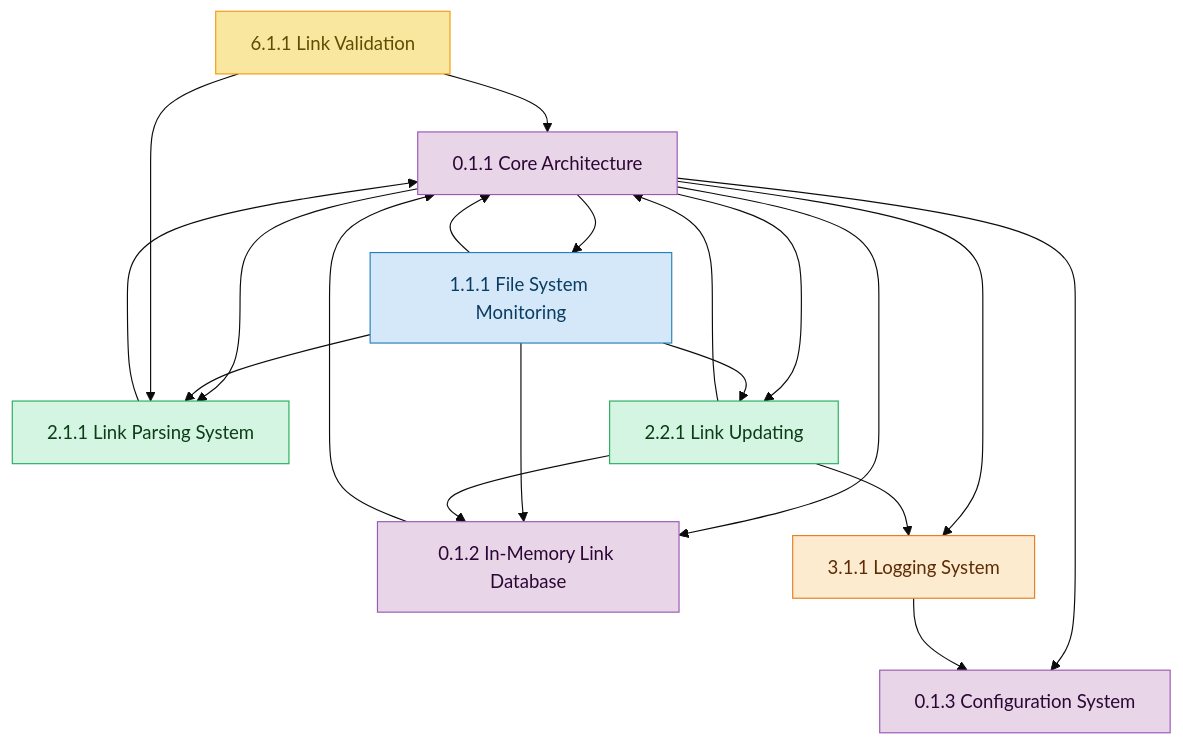
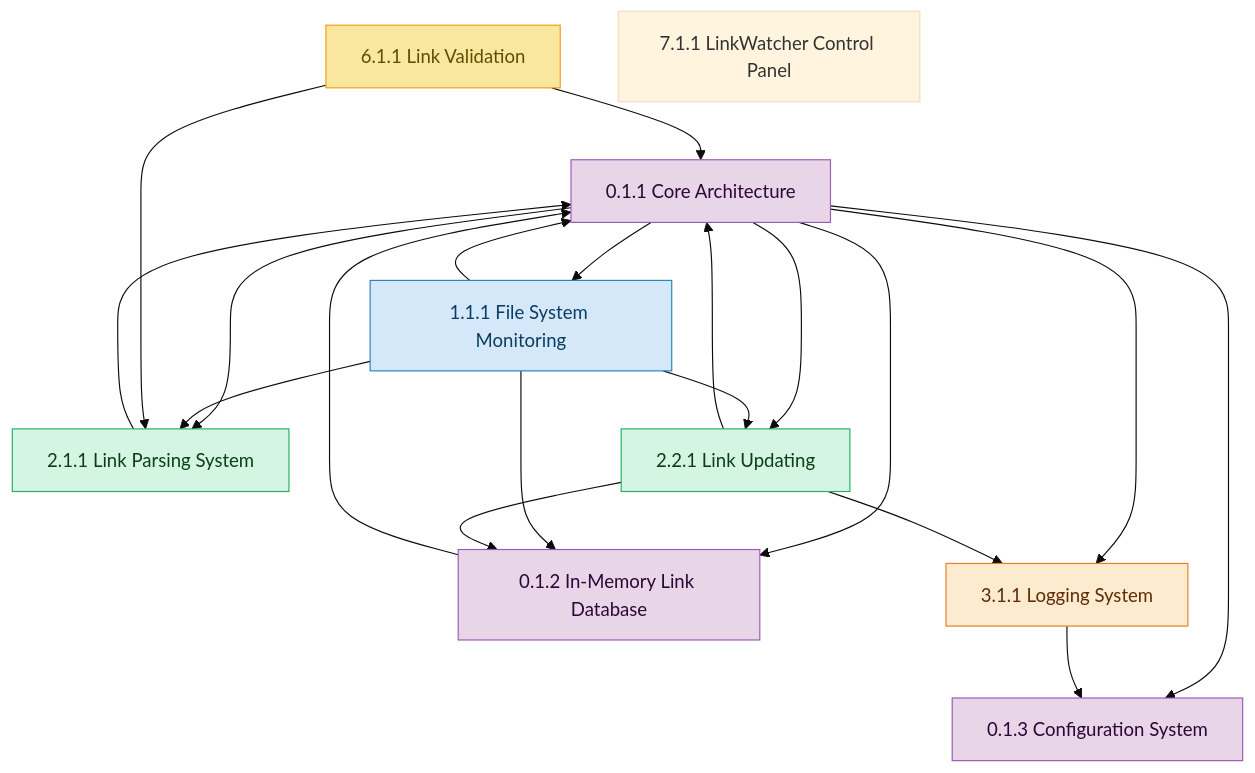
The diagram in doc/technical/architecture/feature-dependencies.md (Abtomation/LinkWatcher), drawn with Mermaid (base theme) before and after one commit. The commit also changed other lines of this file and 912 other files, not shown here.

````diff
--- a/doc/technical/architecture/feature-dependencies.md
+++ b/doc/technical/architecture/feature-dependencies.md
@@ -21,48 +22,50 @@
 ```mermaid
 graph TD
 
     classDef foundation fill:#e8d5e8,stroke:#9b59b6,color:#2c0735
     classDef filewatching fill:#d5e8f9,stroke:#2980b9,color:#0a3d62
     classDef linkprocessing fill:#d5f5e3,stroke:#27ae60,color:#0b3d17
     classDef monitoring fill:#fdebd0,stroke:#e67e22,color:#5d2c06
     classDef testing fill:#fadbd8,stroke:#e74c3c,color:#5a0a0a
     classDef cicd fill:#d6eaf8,stroke:#3498db,color:#1a3c5e
     classDef validation fill:#f9e79f,stroke:#f39c12,color:#5d4e00
 
     F0_1_1["0.1.1 Core Architecture"]
     F0_1_2["0.1.2 In-Memory Link Database"]
     F0_1_3["0.1.3 Configuration System"]
     F1_1_1["1.1.1 File System Monitoring"]
     F2_1_1["2.1.1 Link Parsing System"]
     F2_2_1["2.2.1 Link Updating"]
     F3_1_1["3.1.1 Logging System"]
     F6_1_1["6.1.1 Link Validation"]
+    F7_1_1["7.1.1 LinkWatcher Control Panel"]
 
     F0_1_1 --> F0_1_2
     F0_1_1 --> F0_1_3
     F0_1_1 --> F1_1_1
     F0_1_1 --> F2_1_1
     F0_1_1 --> F2_2_1
     F0_1_1 --> F3_1_1
     F0_1_2 --> F0_1_1
     F1_1_1 --> F0_1_1
     F1_1_1 --> F0_1_2
     F1_1_1 --> F2_1_1
     F1_1_1 --> F2_2_1
     F2_1_1 --> F0_1_1
     F2_2_1 --> F0_1_1
     F2_2_1 --> F0_1_2
     F2_2_1 --> F3_1_1
     F3_1_1 --> F0_1_3
     F6_1_1 --> F0_1_1
     F6_1_1 --> F2_1_1
 
     class F0_1_1 foundation
     class F0_1_2 foundation
     class F0_1_3 foundation
     class F1_1_1 filewatching
     class F2_1_1 linkprocessing
     class F2_2_1 linkprocessing
     class F3_1_1 monitoring
     class F6_1_1 validation
+    class F7_1_1 other
 ```
````
